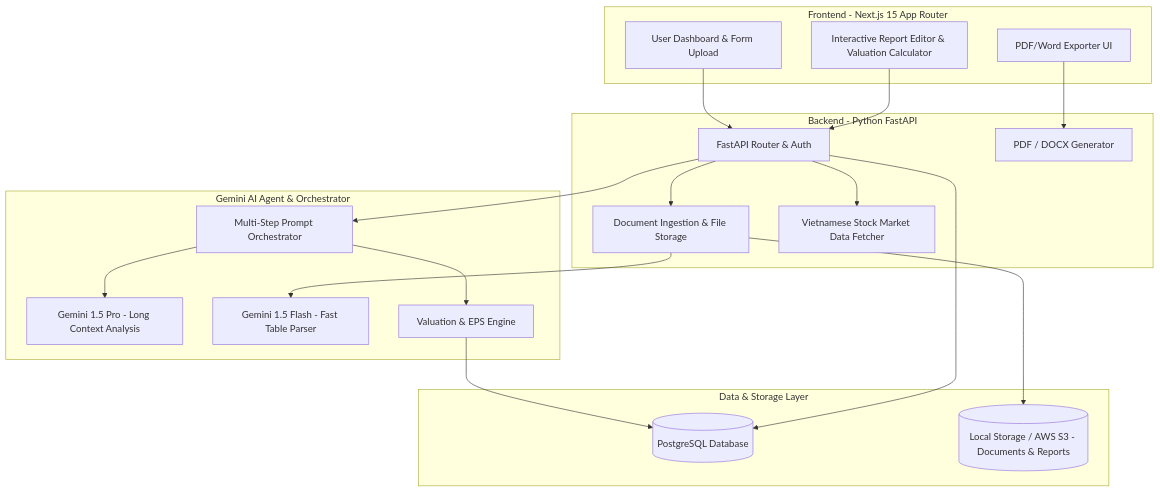
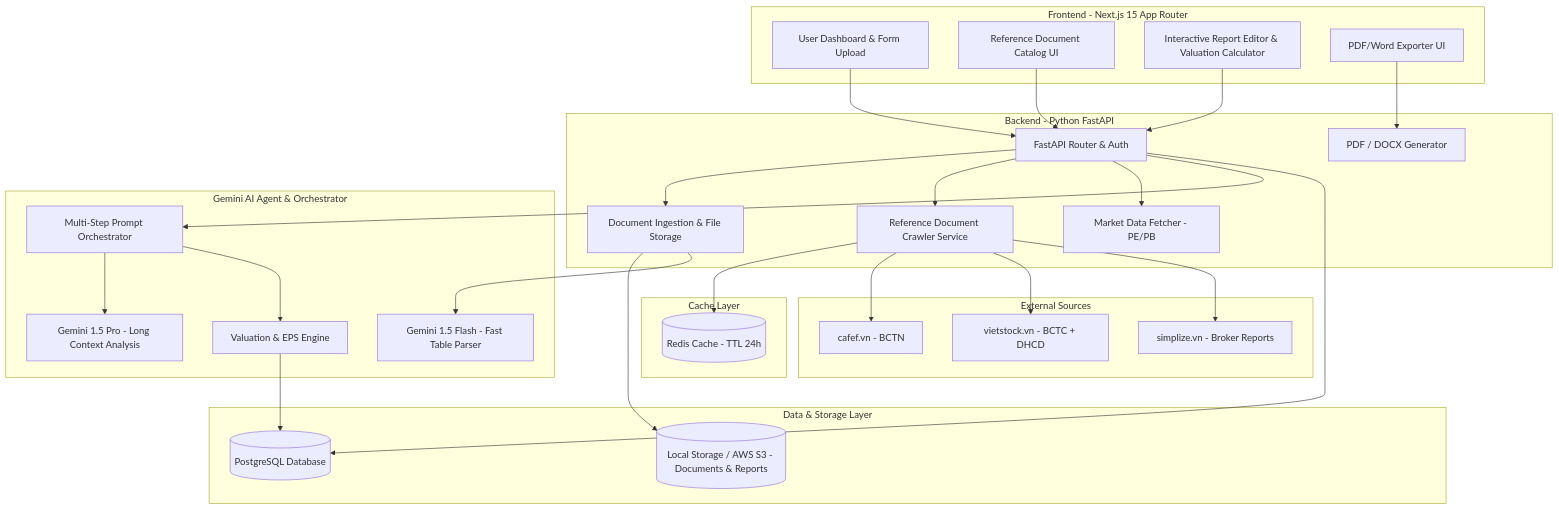
One commit to Joe86vn/stock-analysis-ai changed the first of 2 diagrams in TECH_ARCHITECTURE.md. Above: the diagram before and after it, drawn with Mermaid. The commit also changed other lines of this file and 22 other files, not shown here.

````diff
--- a/TECH_ARCHITECTURE.md
+++ b/TECH_ARCHITECTURE.md
@@ -10,40 +10,58 @@
 ```mermaid
 graph TD
     subgraph Client Layer [Frontend - Next.js 15 App Router]
         UI[User Dashboard & Form Upload]
+        RefCatalog[Reference Document Catalog UI]
         Editor[Interactive Report Editor & Valuation Calculator]
         ExportUI[PDF/Word Exporter UI]
     end
 
     subgraph API & Gateway Layer [Backend - Python FastAPI]
         API[FastAPI Router & Auth]
         DocManager[Document Ingestion & File Storage]
-        Crawler[Vietnamese Stock Market Data Fetcher]
+        CrawlService[Reference Document Crawler Service]
+        MarketCrawler[Market Data Fetcher - PE/PB]
         ExportEngine[PDF / DOCX Generator]
+    end
+
+    subgraph Cache Layer
+        Redis[(Redis Cache - TTL 24h)]
+    end
+
+    subgraph External Sources
+        Cafef[cafef.vn - BCTN]
+        Vietstock[vietstock.vn - BCTC + DHCD]
+        Simplize[simplize.vn - Broker Reports]
     end
 
     subgraph AI Core Layer [Gemini AI Agent & Orchestrator]
         Orchestrator[Multi-Step Prompt Orchestrator]
         GeminiPro[Gemini 1.5 Pro - Long Context Analysis]
         GeminiFlash[Gemini 1.5 Flash - Fast Table Parser]
         Calculators[Valuation & EPS Engine]
     end
 
     subgraph Data & Storage Layer
         DB[(PostgreSQL Database)]
         ObjectStorage[(Local Storage / AWS S3 - Documents & Reports)]
     end
 
     UI --> API
+    RefCatalog --> API
     Editor --> API
     ExportUI --> ExportEngine
     API --> DocManager
-    API --> Crawler
+    API --> CrawlService
+    API --> MarketCrawler
+    CrawlService --> Redis
+    CrawlService --> Cafef
+    CrawlService --> Vietstock
+    CrawlService --> Simplize
     DocManager --> ObjectStorage
     DocManager --> GeminiFlash
     API --> Orchestrator
     Orchestrator --> GeminiPro
     Orchestrator --> Calculators
     Calculators --> DB
     API --> DB
 ```
````
